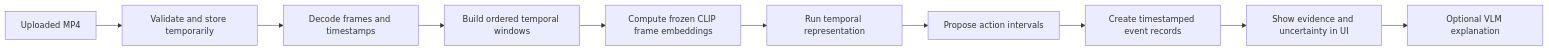
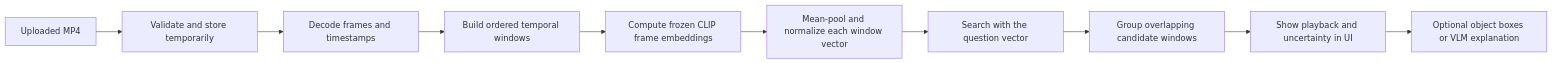
The seventh of 9 diagrams in docs/charades_video_memory.md (madhavpr191221/visual-memory-lab), drawn with Mermaid before and after one commit. The commit also changed other lines of this file and 11 other files, not shown here.

````diff
--- a/docs/charades_video_memory.md
+++ b/docs/charades_video_memory.md
@@ -853,12 +854,12 @@
 ```mermaid
 flowchart LR
     A[Uploaded MP4] --> B[Validate and store temporarily]
     B --> C[Decode frames and timestamps]
     C --> D[Build ordered temporal windows]
     D --> E[Compute frozen CLIP frame embeddings]
-    E --> F[Run temporal representation]
-    F --> G[Propose action intervals]
-    G --> H[Create timestamped event records]
-    H --> I[Show evidence and uncertainty in UI]
-    I --> J[Optional VLM explanation]
+    E --> F[Mean-pool and normalize each window vector]
+    F --> G[Search with the question vector]
+    G --> H[Group overlapping candidate windows]
+    H --> I[Show playback and uncertainty in UI]
+    I --> J[Optional object boxes or VLM explanation]
 ```
````
